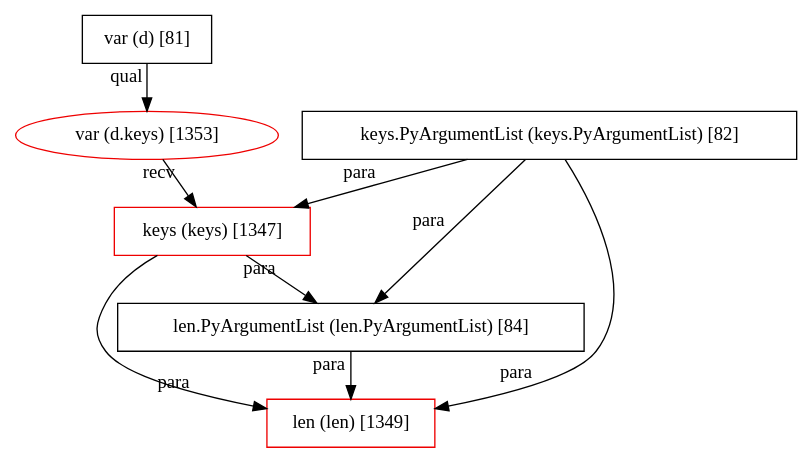
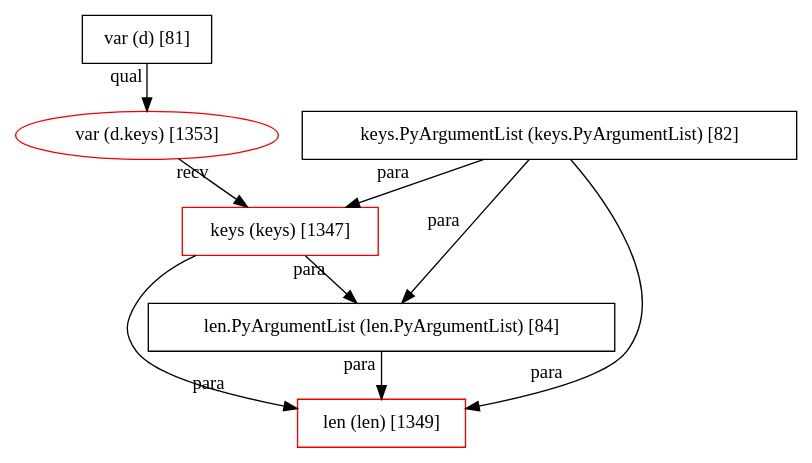
One commit to JetBrains-Research/revizor changed the diagram in plugin/src/main/resources/patterns/3/graph.dot. Above: the diagram before and after it, drawn with Graphviz. The commit also changed other lines of this file and 21 other files, not shown here.

Commit message:
Implement new PatternsStorage Fix actions.json and graph.dot for all patterns Fix some NPE bugs ! Bug with labels_groups is still exists !

```diff
--- a/plugin/src/main/resources/patterns/3/graph.dot
+++ b/plugin/src/main/resources/patterns/3/graph.dot
@@ -1,16 +1,16 @@
 digraph G {
   1347 [ metadata="" color="red2" shape="box" label="keys (keys) [1347]" ];
   1353 [ metadata="" color="red2" shape="ellipse" label="var (d.keys) [1353]" ];
   1349 [ metadata="" color="red2" shape="box" label="len (len) [1349]" ];
+  82 [ metadata="hanger" color="null" shape="null" label="keys.PyArgumentList (keys.PyArgumentList) [82]" ];
   81 [ metadata="hanger" color="null" shape="null" label="var (d) [81]" ];
   84 [ metadata="hanger" color="null" shape="null" label="len.PyArgumentList (len.PyArgumentList) [84]" ];
-  82 [ metadata="hanger" color="null" shape="null" label="keys.PyArgumentList (keys.PyArgumentList) [82]" ];
   1347 -> 1349 [ from_closure="false" xlabel="para" ];
   1353 -> 1347 [ from_closure="false" xlabel="recv" ];
+  82 -> 1347 [ from_closure="false" xlabel="para" ];
+  82 -> 1349 [ from_closure="true" xlabel="para" ];
   81 -> 1353 [ from_closure="false" xlabel="qual" ];
   1347 -> 84 [ from_closure="false" xlabel="para" ];
+  82 -> 84 [ from_closure="true" xlabel="para" ];
   84 -> 1349 [ from_closure="false" xlabel="para" ];
-  82 -> 1349 [ from_closure="true" xlabel="para" ];
-  82 -> 1347 [ from_closure="false" xlabel="para" ];
-  82 -> 84 [ from_closure="true" xlabel="para" ];
 }
```
